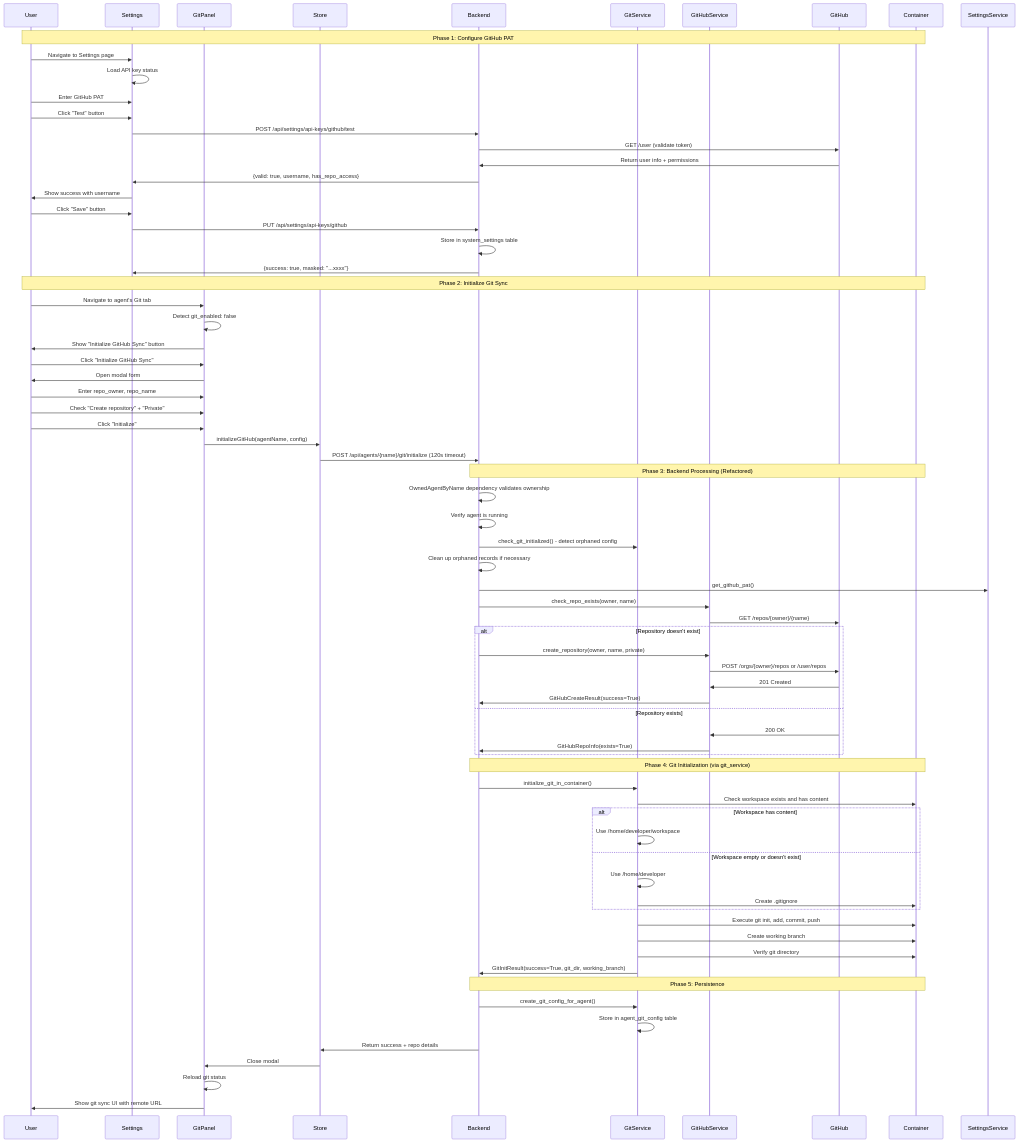
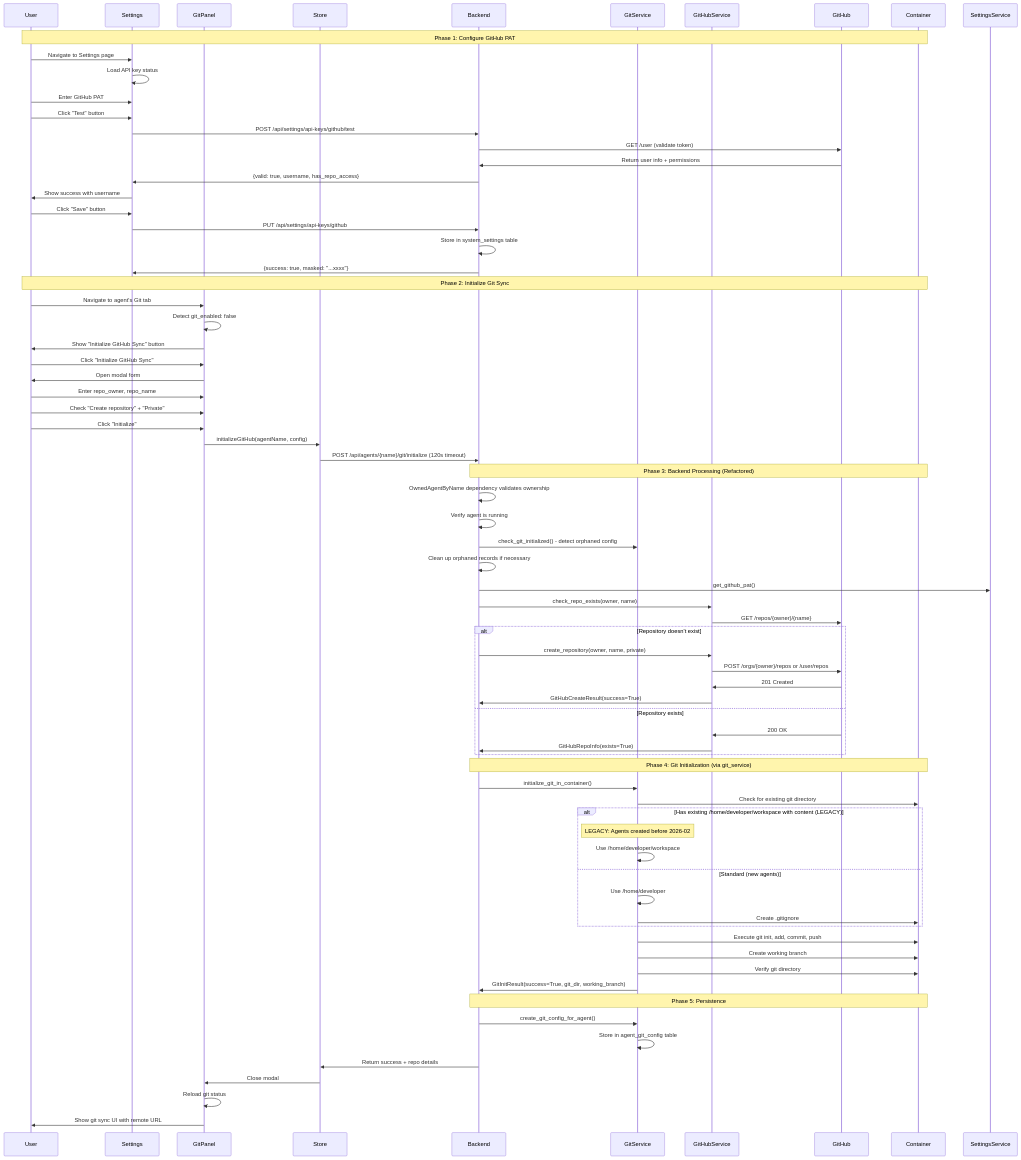
Before and after one commit to webmixgamer/trinity: the diagram in docs/memory/feature-flows/github-repo-initialization.md, drawn with Mermaid. The commit also changed other lines of this file and 9 other files, not shown here.

First line of the commit message:
fix: Remove incorrect /home/developer/workspace references

````diff
--- a/docs/memory/feature-flows/github-repo-initialization.md
+++ b/docs/memory/feature-flows/github-repo-initialization.md
@@ -53,79 +54,80 @@
 ```mermaid
 sequenceDiagram
     participant User
     participant Settings
     participant GitPanel
     participant Store
     participant Backend
     participant GitService
     participant GitHubService
     participant GitHub
     participant Container
 
     Note over User,Container: Phase 1: Configure GitHub PAT
     User->>Settings: Navigate to Settings page
     Settings->>Settings: Load API key status
     User->>Settings: Enter GitHub PAT
     User->>Settings: Click "Test" button
     Settings->>Backend: POST /api/settings/api-keys/github/test
     Backend->>GitHub: GET /user (validate token)
     GitHub->>Backend: Return user info + permissions
     Backend->>Settings: {valid: true, username, has_repo_access}
     Settings->>User: Show success with username
     User->>Settings: Click "Save" button
     Settings->>Backend: PUT /api/settings/api-keys/github
     Backend->>Backend: Store in system_settings table
     Backend->>Settings: {success: true, masked: "...xxxx"}
 
     Note over User,Container: Phase 2: Initialize Git Sync
     User->>GitPanel: Navigate to agent's Git tab
     GitPanel->>GitPanel: Detect git_enabled: false
     GitPanel->>User: Show "Initialize GitHub Sync" button
     User->>GitPanel: Click "Initialize GitHub Sync"
     GitPanel->>User: Open modal form
     User->>GitPanel: Enter repo_owner, repo_name
     User->>GitPanel: Check "Create repository" + "Private"
     User->>GitPanel: Click "Initialize"
     GitPanel->>Store: initializeGitHub(agentName, config)
     Store->>Backend: POST /api/agents/{name}/git/initialize (120s timeout)
 
     Note over Backend,Container: Phase 3: Backend Processing (Refactored)
     Backend->>Backend: OwnedAgentByName dependency validates ownership
     Backend->>Backend: Verify agent is running
     Backend->>GitService: check_git_initialized() - detect orphaned config
     Backend->>Backend: Clean up orphaned records if necessary
     Backend->>SettingsService: get_github_pat()
     Backend->>GitHubService: check_repo_exists(owner, name)
     GitHubService->>GitHub: GET /repos/{owner}/{name}
     alt Repository doesn't exist
         Backend->>GitHubService: create_repository(owner, name, private)
         GitHubService->>GitHub: POST /orgs/{owner}/repos or /user/repos
         GitHub->>GitHubService: 201 Created
         GitHubService->>Backend: GitHubCreateResult(success=True)
     else Repository exists
         GitHub->>GitHubService: 200 OK
         GitHubService->>Backend: GitHubRepoInfo(exists=True)
     end
 
     Note over Backend,Container: Phase 4: Git Initialization (via git_service)
     Backend->>GitService: initialize_git_in_container()
-    GitService->>Container: Check workspace exists and has content
-    alt Workspace has content
+    GitService->>Container: Check for existing git directory
+    alt Has existing /home/developer/workspace with content (LEGACY)
+        Note over GitService: LEGACY: Agents created before 2026-02
         GitService->>GitService: Use /home/developer/workspace
-    else Workspace empty or doesn't exist
+    else Standard (new agents)
         GitService->>GitService: Use /home/developer
         GitService->>Container: Create .gitignore
     end
     GitService->>Container: Execute git init, add, commit, push
     GitService->>Container: Create working branch
     GitService->>Container: Verify git directory
     GitService->>Backend: GitInitResult(success=True, git_dir, working_branch)
 
     Note over Backend,Container: Phase 5: Persistence
     Backend->>GitService: create_git_config_for_agent()
     GitService->>GitService: Store in agent_git_config table
     Backend->>Store: Return success + repo details
     Store->>GitPanel: Close modal
     GitPanel->>GitPanel: Reload git status
     GitPanel->>User: Show git sync UI with remote URL
 ```
````
